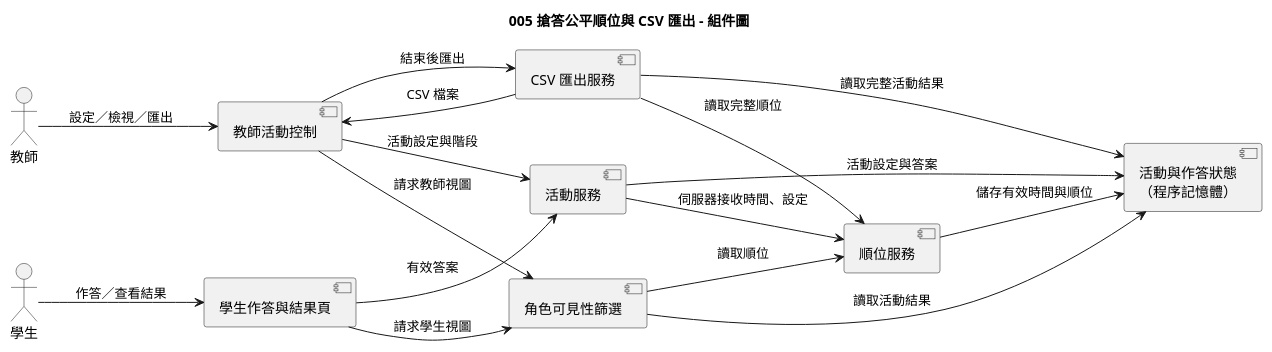
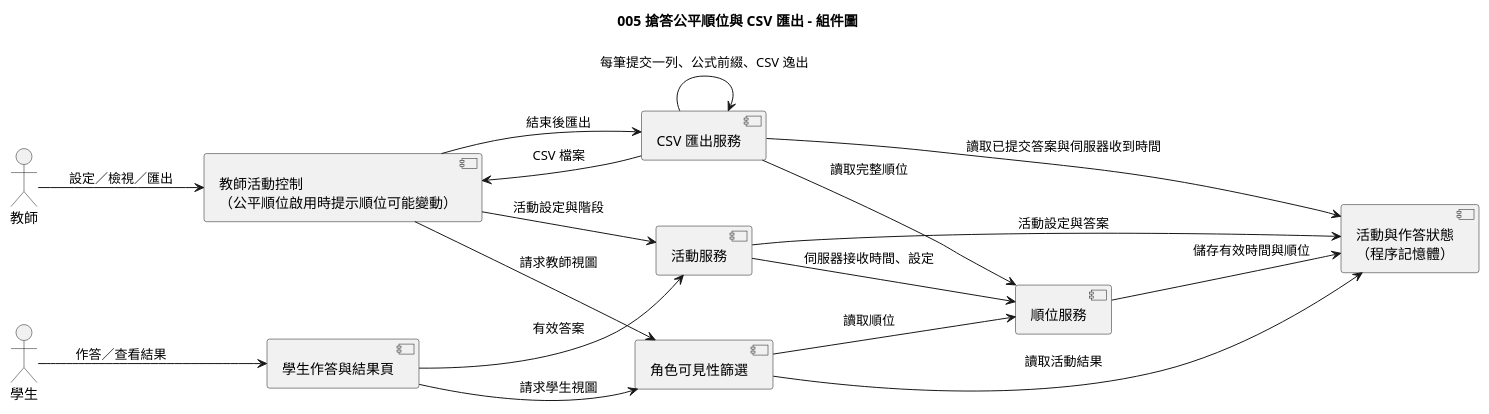
Before and after one commit to ncuyvonne/speckit-buzzer: the diagram in diagrams/005-buzzer-ranking-export-component.puml, drawn with PlantUML. The commit also changed 28 other files, not shown here.

```diff
--- a/diagrams/005-buzzer-ranking-export-component.puml
+++ b/diagrams/005-buzzer-ranking-export-component.puml
@@ -1,30 +1,31 @@
 @startuml
 title 005 搶答公平順位與 CSV 匯出 - 組件圖
 left to right direction
 
 actor 教師
 actor 學生
-component "教師活動控制" as TeacherUI
+component "教師活動控制\n（公平順位啟用時提示順位可能變動）" as TeacherUI
 component "學生作答與結果頁" as StudentUI
 component "活動服務" as ActivityService
 component "順位服務" as RankingService
 component "角色可見性篩選" as Visibility
 component "CSV 匯出服務" as CsvService
 component "活動與作答狀態\n（程序記憶體）" as ActivityData
 
 教師 --> TeacherUI : 設定／檢視／匯出
 學生 --> StudentUI : 作答／查看結果
 TeacherUI --> ActivityService : 活動設定與階段
 StudentUI --> ActivityService : 有效答案
 ActivityService --> RankingService : 伺服器接收時間、設定
 RankingService --> ActivityData : 儲存有效時間與順位
 ActivityService --> ActivityData : 活動設定與答案
 TeacherUI --> Visibility : 請求教師視圖
 StudentUI --> Visibility : 請求學生視圖
 Visibility --> ActivityData : 讀取活動結果
 Visibility --> RankingService : 讀取順位
 TeacherUI --> CsvService : 結束後匯出
-CsvService --> ActivityData : 讀取完整活動結果
+CsvService --> ActivityData : 讀取已提交答案與伺服器收到時間
 CsvService --> RankingService : 讀取完整順位
+CsvService --> CsvService : 每筆提交一列、公式前綴、CSV 逸出
 CsvService --> TeacherUI : CSV 檔案
 @enduml
```
